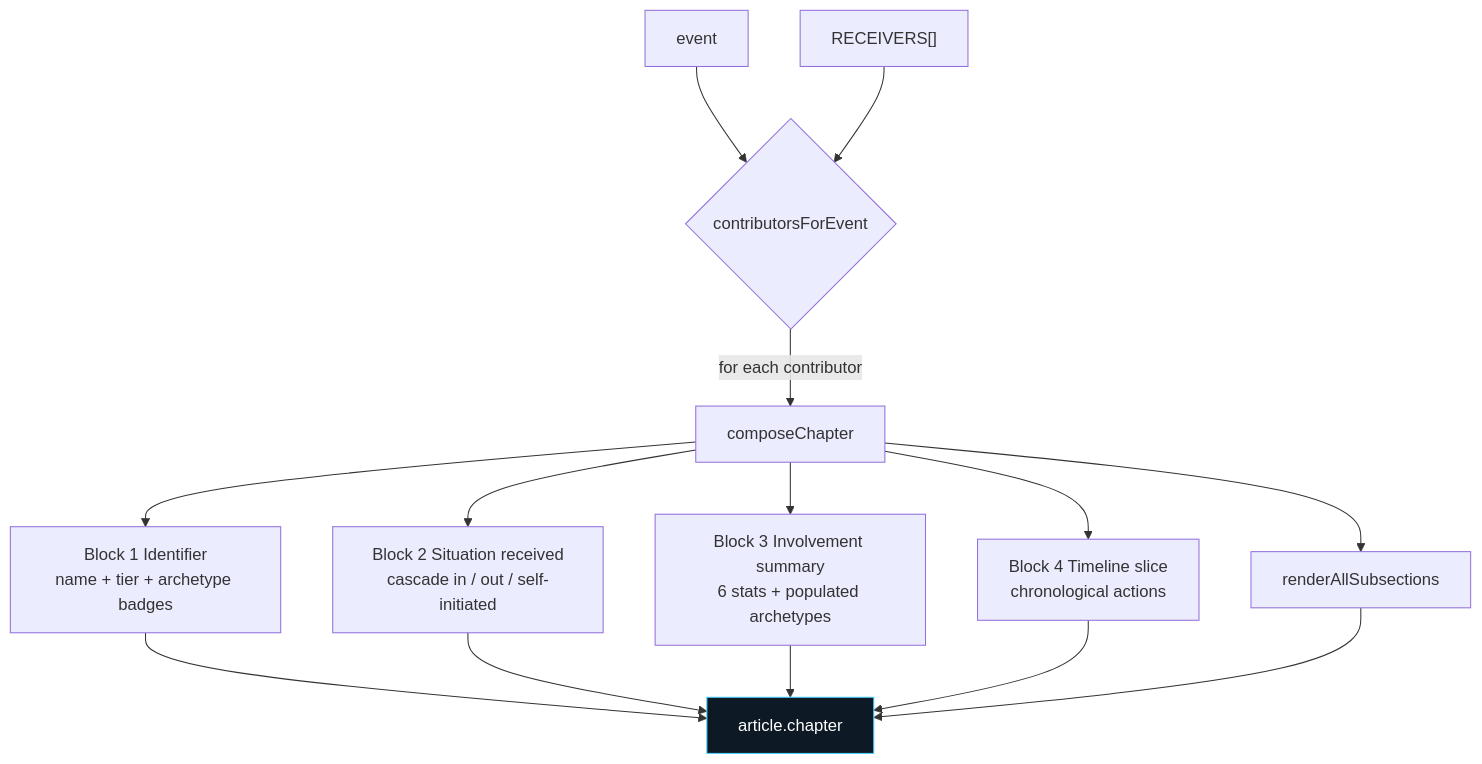
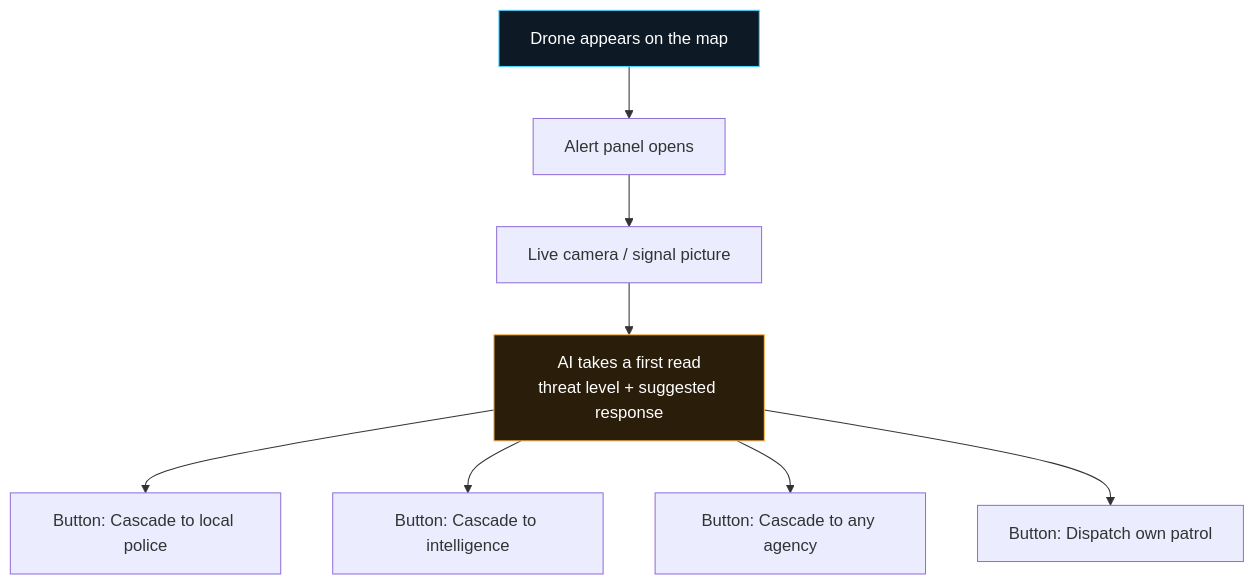
One commit to Luckyluc321/ISR-Systems-c2-platform changed the third of 8 diagrams in docs/report-shape-overview.md. Above: the diagram before and after it, drawn with Mermaid. The commit also changed other lines of this file and 1 other file, not shown here.

````diff
--- a/docs/report-shape-overview.md
+++ b/docs/report-shape-overview.md
@@ -168,13 +70,16 @@
 ```mermaid
 flowchart TD
-  E[event] --> CI{contributorsForEvent}
-  RC["RECEIVERS[]"] --> CI
-  CI -->|for each contributor| CC[composeChapter]
-  CC --> B1[Block 1 Identifier<br/>name + tier + archetype badges]
-  CC --> B2[Block 2 Situation received<br/>cascade in / out / self-initiated]
-  CC --> B3[Block 3 Involvement summary<br/>6 stats + populated archetypes]
-  CC --> B4[Block 4 Timeline slice<br/>chronological actions]
-  CC --> SS[renderAllSubsections]
-  B1 & B2 & B3 & B4 & SS --> ART[article.chapter]
-  style ART fill:#0d1a26,stroke:#4dd2ff,color:#fff
+  A[Drone appears on the map]
+  B[Alert panel opens]
+  C[Live camera / signal picture]
+  D[AI takes a first read<br/>threat level + suggested response]
+  E1[Button: Cascade to local police]
+  E2[Button: Cascade to intelligence]
+  E3[Button: Cascade to any agency]
+  E4[Button: Dispatch own patrol]
+  A --> B --> C
+  C --> D
+  D --> E1 & E2 & E3 & E4
+  style A fill:#0d1a26,stroke:#4dd2ff,color:#fff
+  style D fill:#2a1d0a,stroke:#ffb84d,color:#fff
 ```
````
